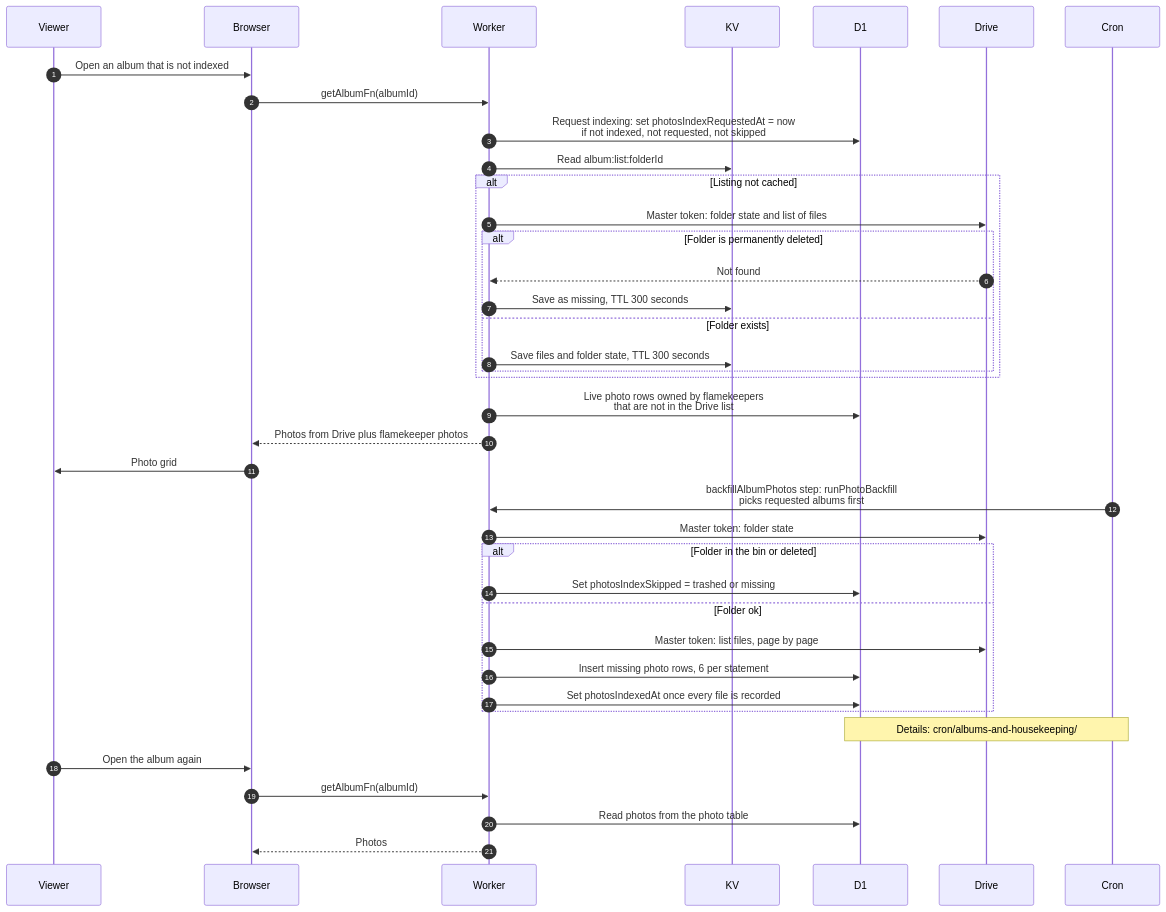
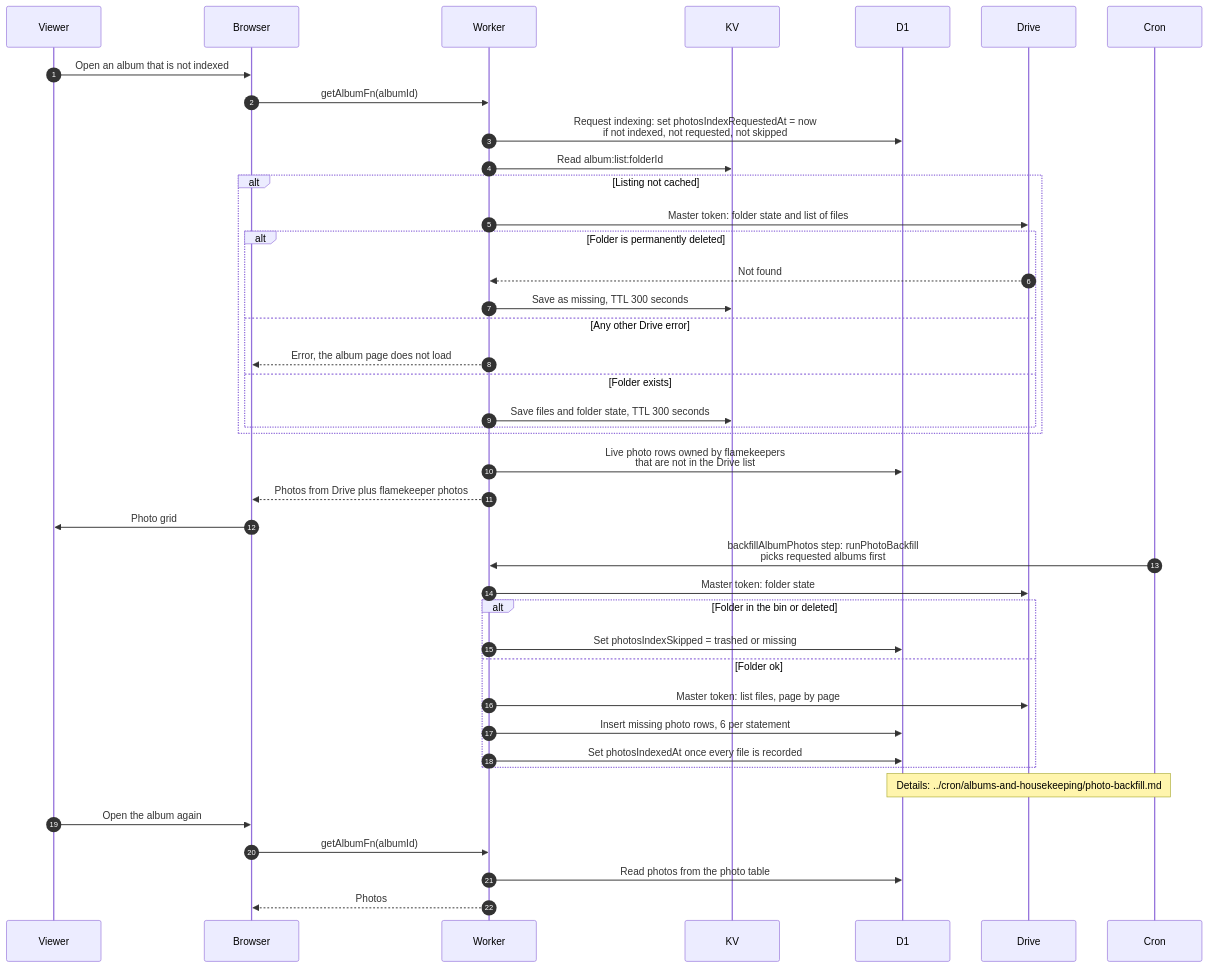
Before and after one commit to sagyzdop/meriksirat: the diagram in docs/scenarios/albums/legacy-albums.md, drawn with Mermaid. The commit also changed other lines of this file and 17 other files, not shown here.

Commit message:
docs(scenarios): verify albums diagrams against the code

````diff
--- a/docs/scenarios/albums/legacy-albums.md
+++ b/docs/scenarios/albums/legacy-albums.md
@@ -14,41 +14,43 @@
 ```mermaid
 sequenceDiagram
     autonumber
     participant U as Viewer
     participant B as Browser
     participant W as Worker
     participant K as KV
     participant D as D1
     participant G as Drive
     participant C as Cron
     U->>B: Open an album that is not indexed
     B->>W: getAlbumFn(albumId)
     W->>D: Request indexing: set photosIndexRequestedAt = now<br/>if not indexed, not requested, not skipped
     W->>K: Read album:list:folderId
     alt Listing not cached
         W->>G: Master token: folder state and list of files
         alt Folder is permanently deleted
             G-->>W: Not found
             W->>K: Save as missing, TTL 300 seconds
+        else Any other Drive error
+            W-->>B: Error, the album page does not load
         else Folder exists
             W->>K: Save files and folder state, TTL 300 seconds
         end
     end
     W->>D: Live photo rows owned by flamekeepers<br/>that are not in the Drive list
     W-->>B: Photos from Drive plus flamekeeper photos
     B->>U: Photo grid
     C->>W: backfillAlbumPhotos step: runPhotoBackfill<br/>picks requested albums first
     W->>G: Master token: folder state
     alt Folder in the bin or deleted
         W->>D: Set photosIndexSkipped = trashed or missing
     else Folder ok
         W->>G: Master token: list files, page by page
         W->>D: Insert missing photo rows, 6 per statement
         W->>D: Set photosIndexedAt once every file is recorded
     end
-    Note over C,D: Details: cron/albums-and-housekeeping/
+    Note over C,D: Details: ../cron/albums-and-housekeeping/photo-backfill.md
     U->>B: Open the album again
     B->>W: getAlbumFn(albumId)
     W->>D: Read photos from the photo table
     W-->>B: Photos
 ```
````
